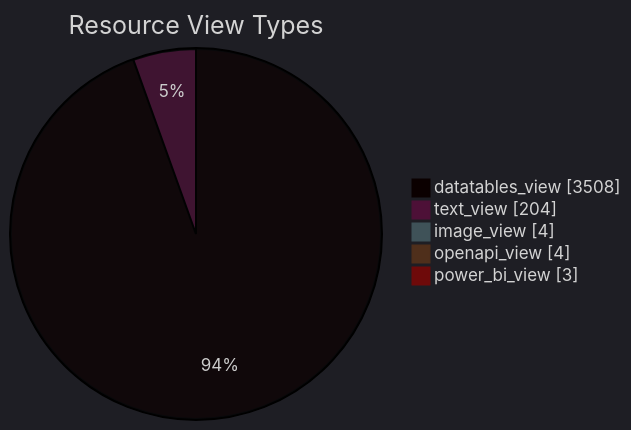
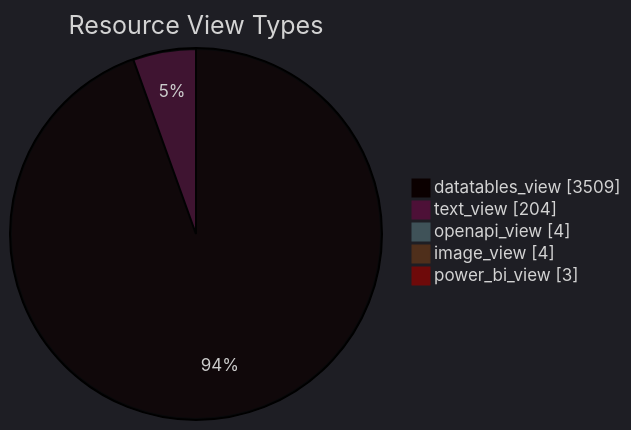
Before and after one commit to open-data/analytics-corporate-reporting: the diagram in datastore_tracker/resource_view_types_pie_chart.md, drawn with Mermaid. The commit also changed 9 other files, not shown here.

````diff
--- a/datastore_tracker/resource_view_types_pie_chart.md
+++ b/datastore_tracker/resource_view_types_pie_chart.md
@@ -2,12 +2,12 @@
 ```mermaid
 ---
 config:
   theme: dark
 ---
 pie showData title Resource View Types
-    "datatables_view": 3508
+    "datatables_view": 3509
     "text_view": 204
+    "openapi_view": 4
     "image_view": 4
-    "openapi_view": 4
     "power_bi_view": 3
 ```
````
